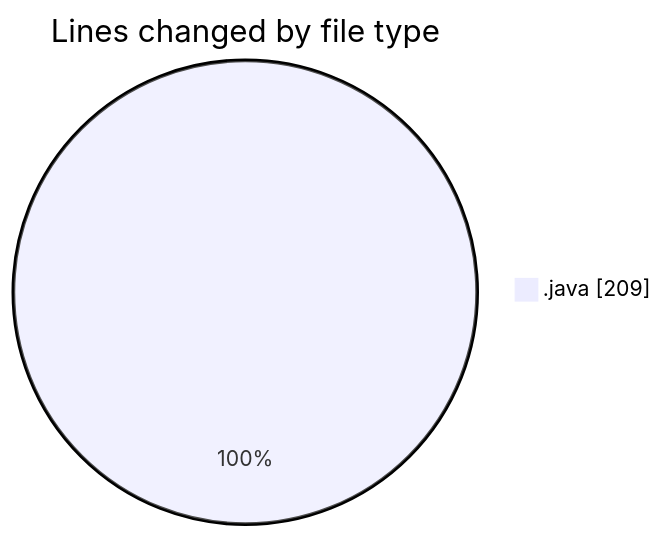
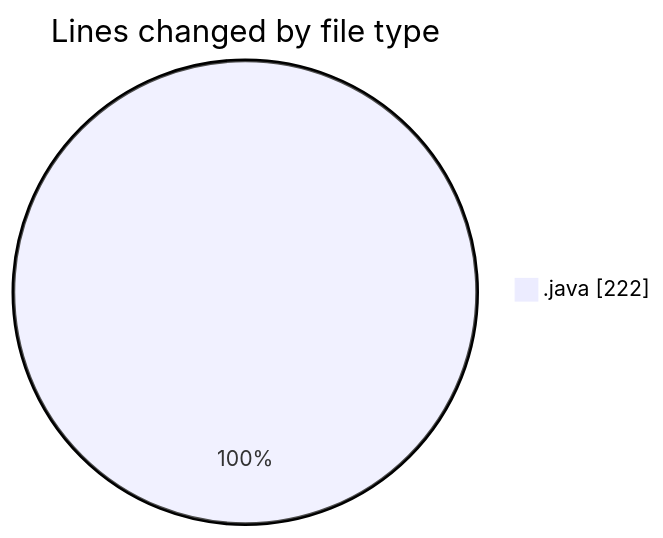
Before and after one commit to NitaiMahat/code-tracking: the first of 2 diagrams in 2025-02-24/startfiles/README.md, drawn with Mermaid. The commit also changed other lines of this file and 1 other file, not shown here.

````diff
--- a/2025-02-24/startfiles/README.md
+++ b/2025-02-24/startfiles/README.md
@@ -21,5 +21,5 @@
 ```mermaid
 pie showData
 title Lines changed by file type
-".java" : 209
+".java" : 222
 ```
````
